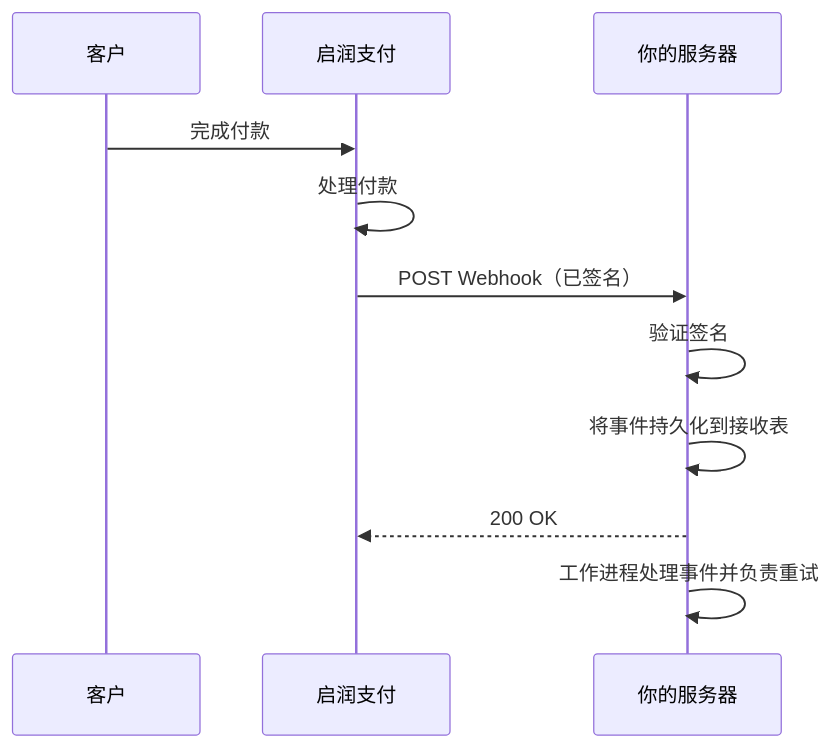
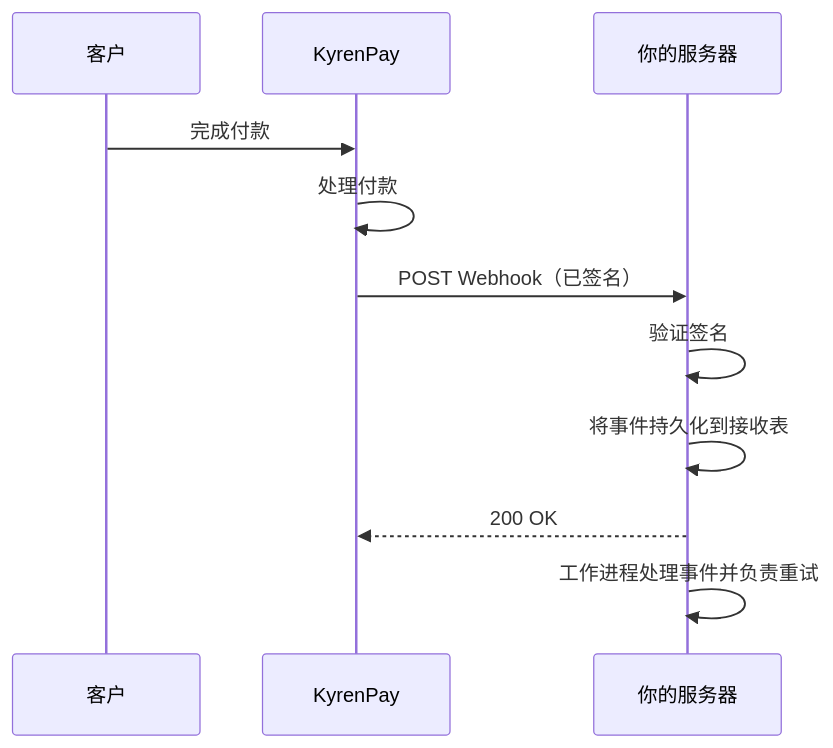
One commit to kyren-network/mintlify-docs changed the diagram in zh/webhooks/overview.mdx. Above: the diagram before and after it, drawn with Mermaid. The commit also changed other lines of this file and 160 other files, not shown here.

Commit message:
docs: align KyrenPay branding and improve multilingual SEO

````diff
--- a/zh/webhooks/overview.mdx
+++ b/zh/webhooks/overview.mdx
@@ -10,14 +11,14 @@
 ```mermaid
 sequenceDiagram
     participant Customer as 客户
-    participant KyrenPay as 启润支付
+    participant KyrenPay as KyrenPay
     participant YourServer as 你的服务器
 
     Customer->>KyrenPay: 完成付款
     KyrenPay->>KyrenPay: 处理付款
     KyrenPay->>YourServer: POST Webhook（已签名）
     YourServer->>YourServer: 验证签名
     YourServer->>YourServer: 将事件持久化到接收表
     YourServer-->>KyrenPay: 200 OK
     YourServer->>YourServer: 工作进程处理事件并负责重试
 ```
````
